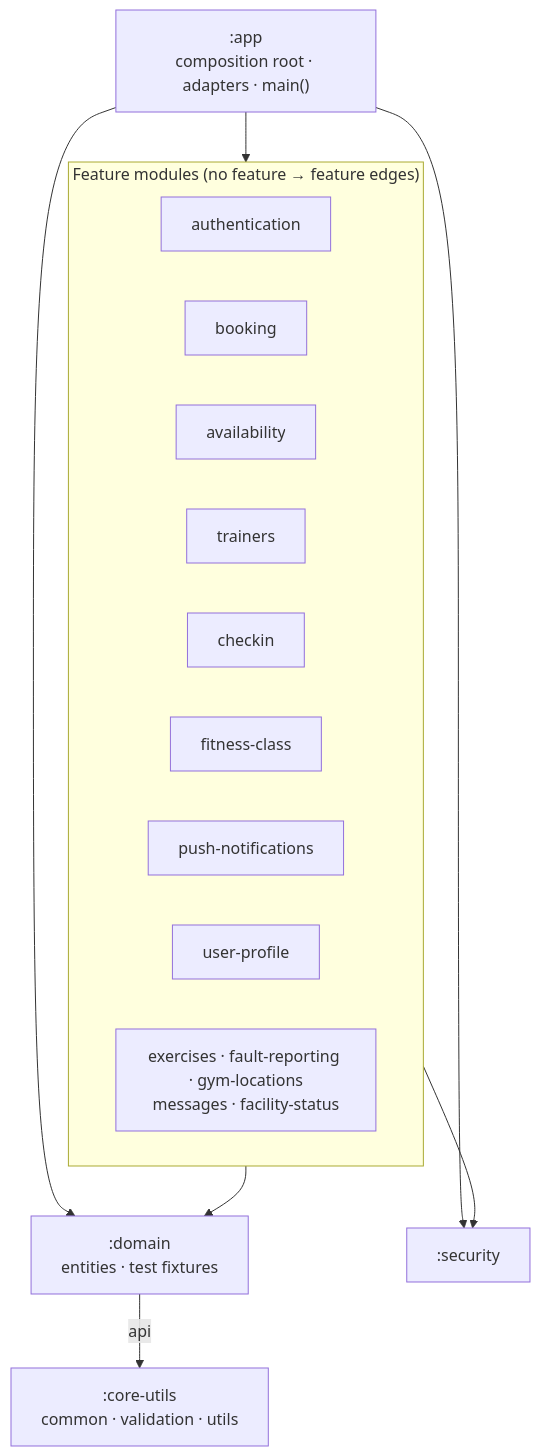
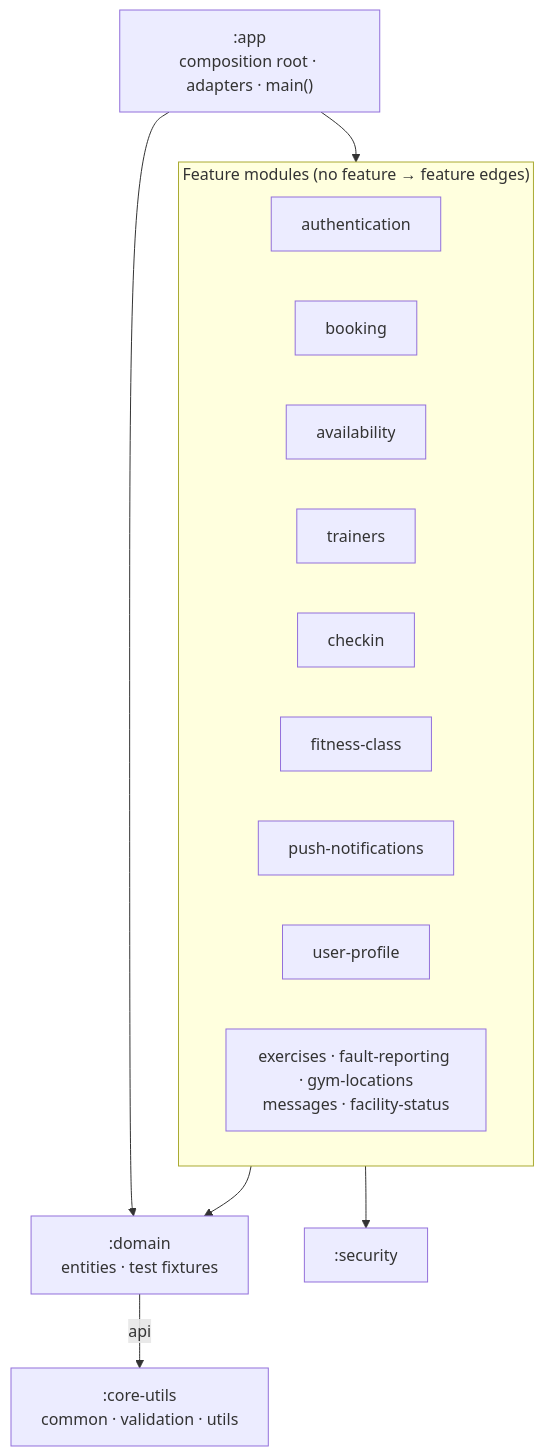
One commit to IanArb/GymPlannerService changed the diagram in docs/architecture-modules.mmd. Above: the diagram before and after it, drawn with Mermaid. The commit also changed 8 other files, not shown here.

First line of the commit message:
- Remove :security dependency in :app module (#28)

```diff
--- a/docs/architecture-modules.mmd
+++ b/docs/architecture-modules.mmd
@@ -1,26 +1,25 @@
 flowchart TD
     app[":app<br/>composition root · adapters · main()"]
 
     subgraph features["Feature modules (no feature → feature edges)"]
         direction LR
         authentication
         booking
         availability
         trainers
         checkin
         fitnessclass["fitness-class"]
         pushnotifications["push-notifications"]
         userprofile["user-profile"]
         others["exercises · fault-reporting · gym-locations<br/>messages · facility-status"]
     end
 
     domain[":domain<br/>entities · test fixtures"]
     coreutils[":core-utils<br/>common · validation · utils"]
     security[":security"]
 
     app --> features
     app --> domain
     features --> domain
     domain -->|api| coreutils
-    app --> security
     authentication --> security
```
